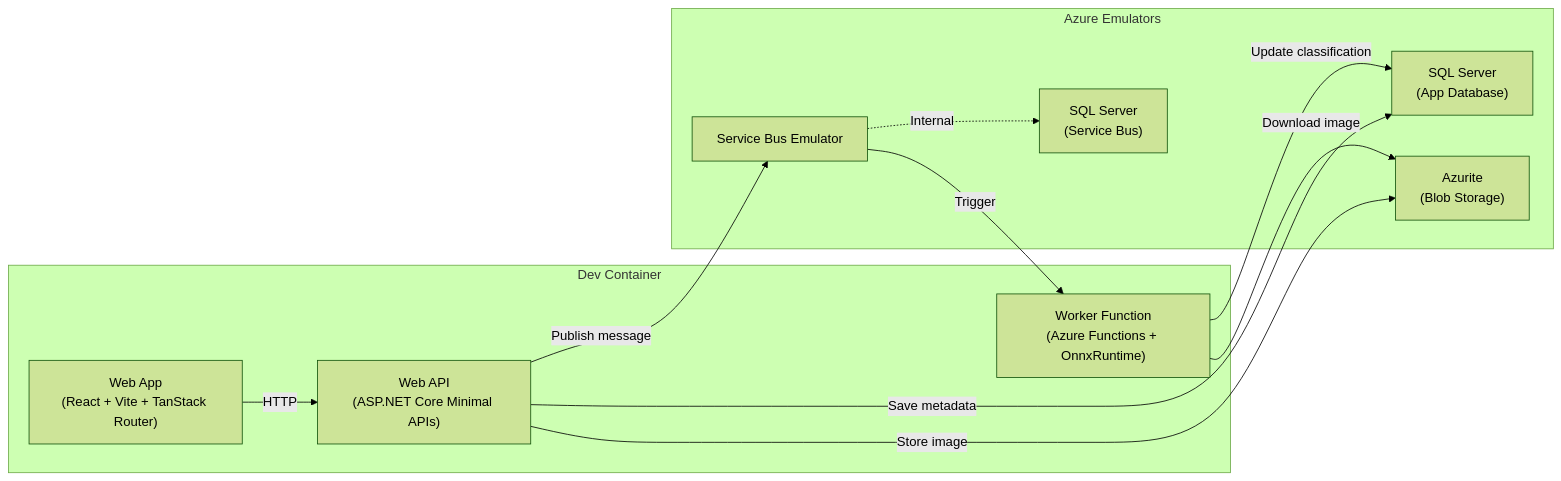
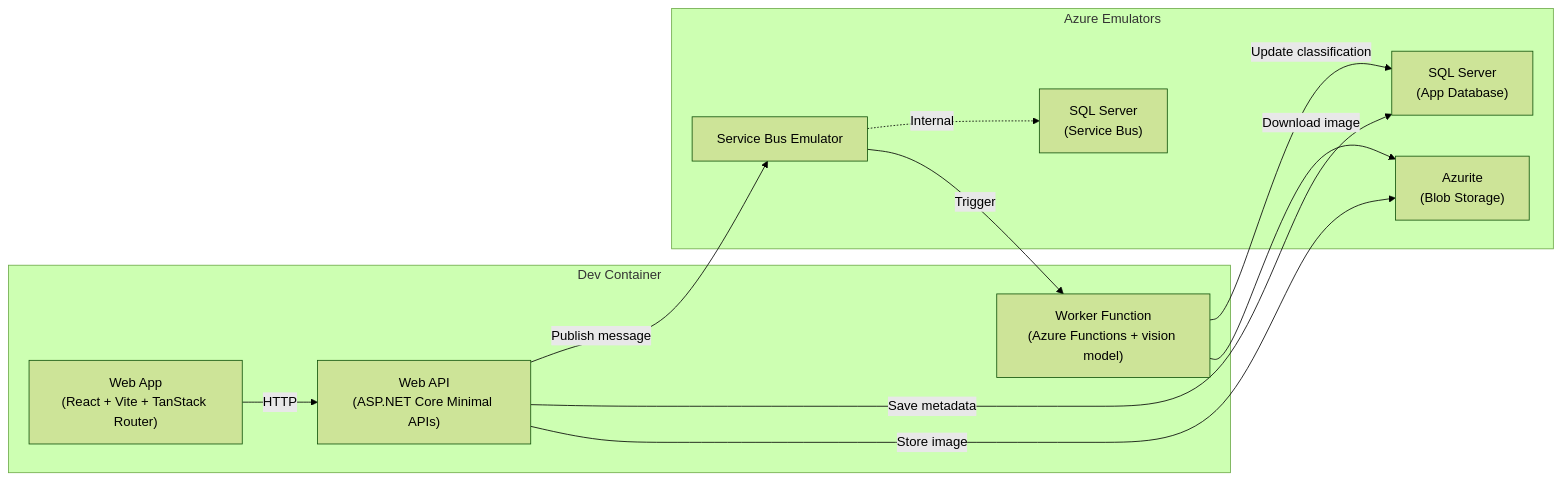
One commit to SpencerAWill/dx-with-dev-containers changed the diagram in README.md. Above: the diagram before and after it, drawn with Mermaid (forest theme). The commit also changed other lines of this file and 25 other files, not shown here.

First line of the commit message:
feat: classify images with the vision model instead of MobileNet

````diff
--- a/README.md
+++ b/README.md
@@ -11,24 +11,24 @@
 ```mermaid
 graph LR
     subgraph Dev Container
         WebApp["Web App<br/>(React + Vite + TanStack Router)"]
         API["Web API<br/>(ASP.NET Core Minimal APIs)"]
-        Worker["Worker Function<br/>(Azure Functions + OnnxRuntime)"]
+        Worker["Worker Function<br/>(Azure Functions + vision model)"]
     end
 
     subgraph Azure Emulators
         Azurite["Azurite<br/>(Blob Storage)"]
         ServiceBus["Service Bus Emulator"]
         AppSQL["SQL Server<br/>(App Database)"]
         SBSQL["SQL Server<br/>(Service Bus)"]
     end
 
     WebApp -->|HTTP| API
     API -->|Store image| Azurite
     API -->|Save metadata| AppSQL
     API -->|Publish message| ServiceBus
     ServiceBus -->|Trigger| Worker
     Worker -->|Download image| Azurite
     Worker -->|Update classification| AppSQL
     ServiceBus -.->|Internal| SBSQL
 ```
````
